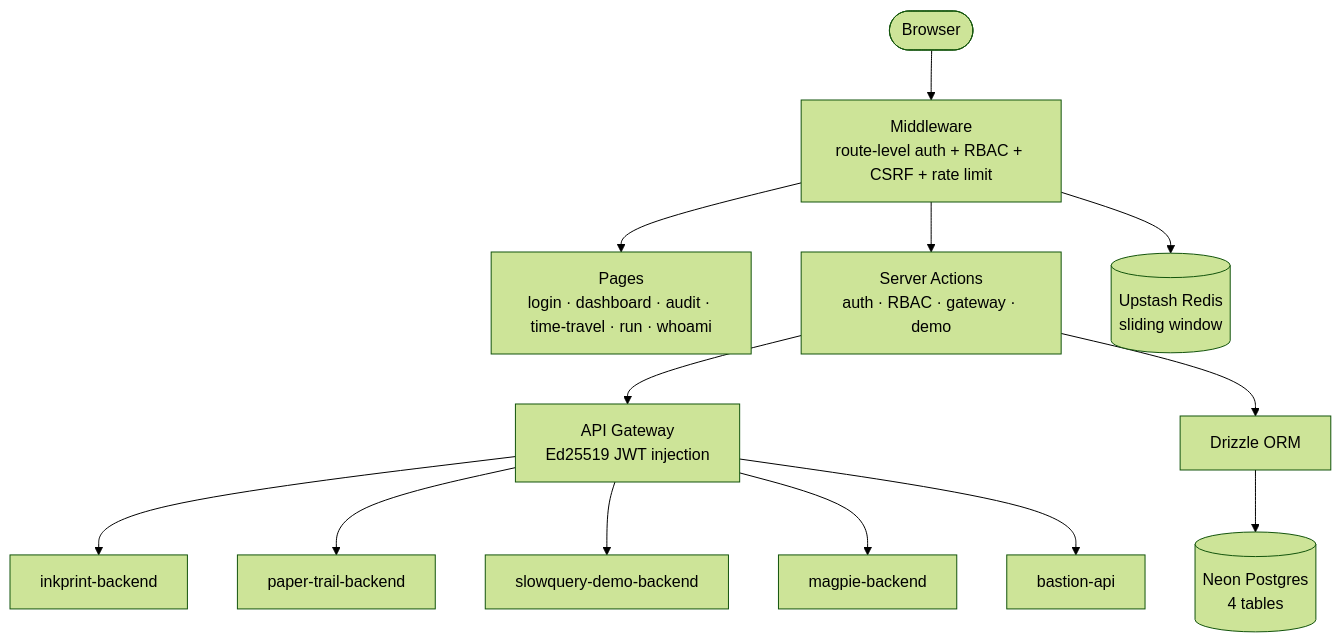
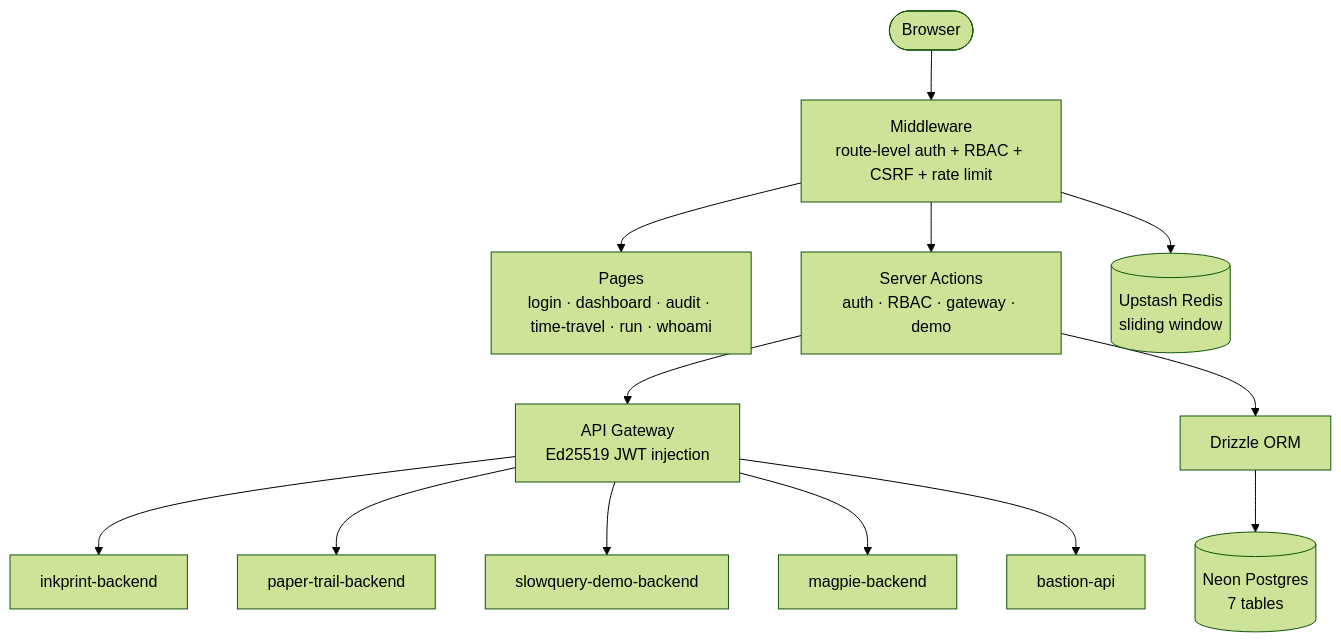
Before and after one commit to Abdul-Muizz1310/bastion: the first of 4 diagrams in README.md, drawn with Mermaid (forest theme). The commit also changed other lines of this file and 6 other files, not shown here.

First line of the commit message:
docs: refresh architecture/spec docs and env example

````diff
--- a/README.md
+++ b/README.md
@@ -60,15 +60,15 @@
 ```mermaid
 flowchart TD
     Browser([Browser]) --> MW[Middleware<br/>route-level auth + RBAC + CSRF + rate limit]
     MW --> Pages[Pages<br/>login · dashboard · audit · time-travel · run · whoami]
     MW --> Actions[Server Actions<br/>auth · RBAC · gateway · demo]
     Actions --> Gateway[API Gateway<br/>Ed25519 JWT injection]
     Gateway --> S1[inkprint-backend]
     Gateway --> S2[paper-trail-backend]
     Gateway --> S3[slowquery-demo-backend]
     Gateway --> S4[magpie-backend]
     Gateway --> S5[bastion-api]
     Actions --> Drizzle[Drizzle ORM]
-    Drizzle --> Neon[(Neon Postgres<br/>4 tables)]
+    Drizzle --> Neon[(Neon Postgres<br/>7 tables)]
     MW --> Upstash[(Upstash Redis<br/>sliding window)]
 ```
````
